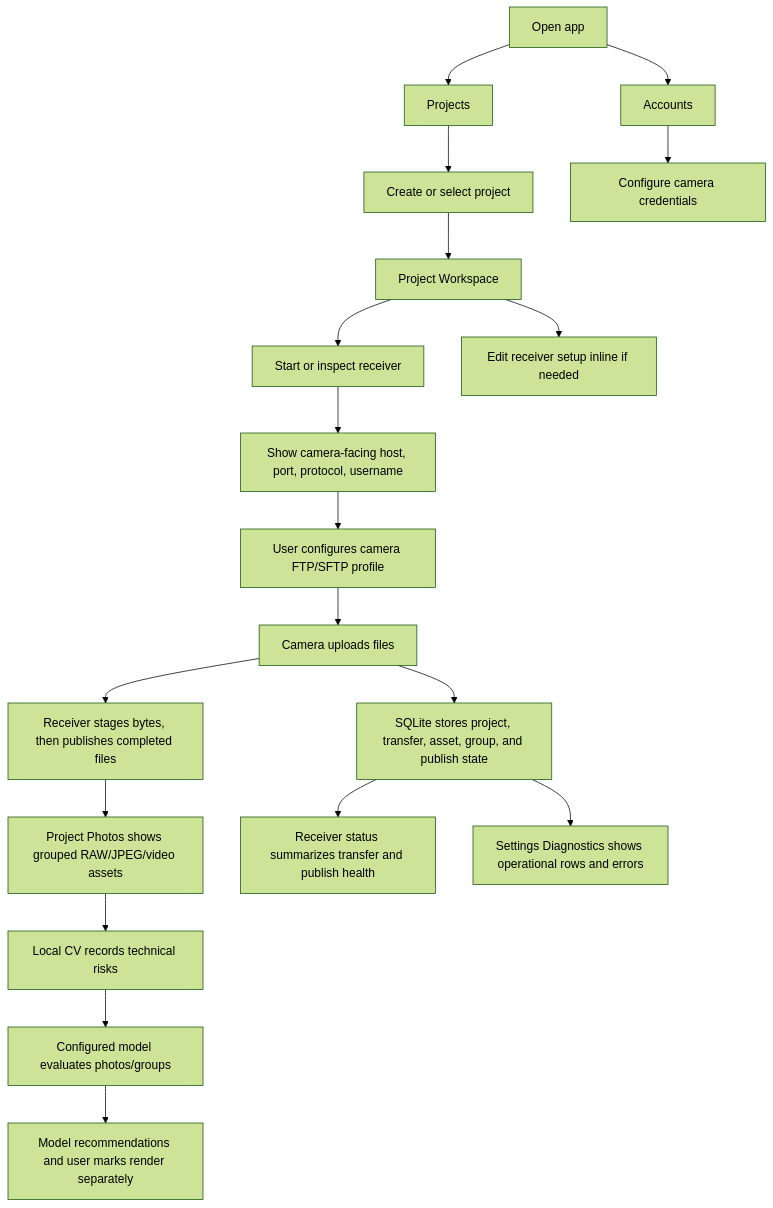
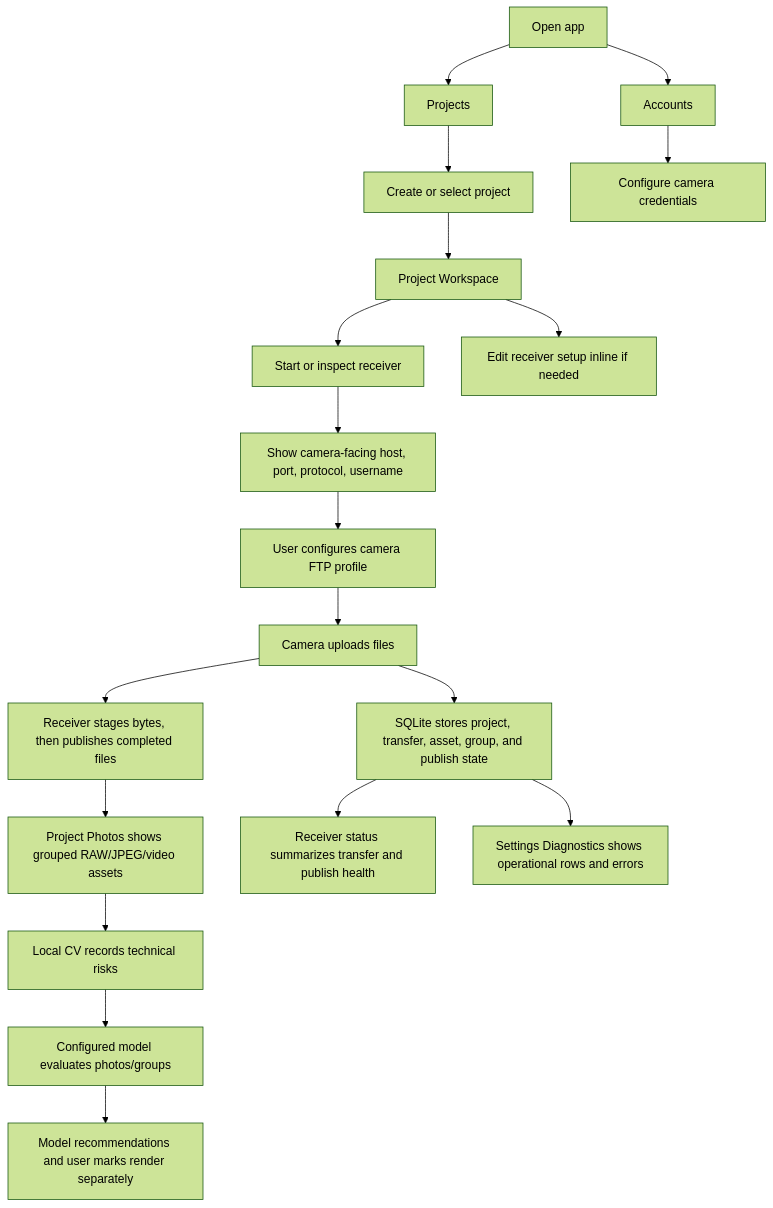
The diagram in docs/product/prototype-spec.md (CrazyNB/camera_connector), drawn with Mermaid (forest theme) before and after one commit. The commit also changed other lines of this file and 55 other files, not shown here.

````diff
--- a/docs/product/prototype-spec.md
+++ b/docs/product/prototype-spec.md
@@ -42,21 +42,21 @@
 ```mermaid
 flowchart TD
   A["Open app"] --> B["Projects"]
   B --> C["Create or select project"]
   C --> D["Project Workspace"]
   D --> E["Start or inspect receiver"]
   D --> F["Edit receiver setup inline if needed"]
   A --> G["Accounts"]
   G --> H["Configure camera credentials"]
   E --> I["Show camera-facing host, port, protocol, username"]
-  I --> J["User configures camera FTP/SFTP profile"]
+  I --> J["User configures camera FTP profile"]
   J --> K["Camera uploads files"]
   K --> L["Receiver stages bytes, then publishes completed files"]
   K --> M["SQLite stores project, transfer, asset, group, and publish state"]
   L --> N["Project Photos shows grouped RAW/JPEG/video assets"]
   N --> Q["Local CV records technical risks"]
   Q --> R["Configured model evaluates photos/groups"]
   R --> S["Model recommendations and user marks render separately"]
   M --> O["Receiver status summarizes transfer and publish health"]
   M --> P["Settings Diagnostics shows operational rows and errors"]
 ```
````
